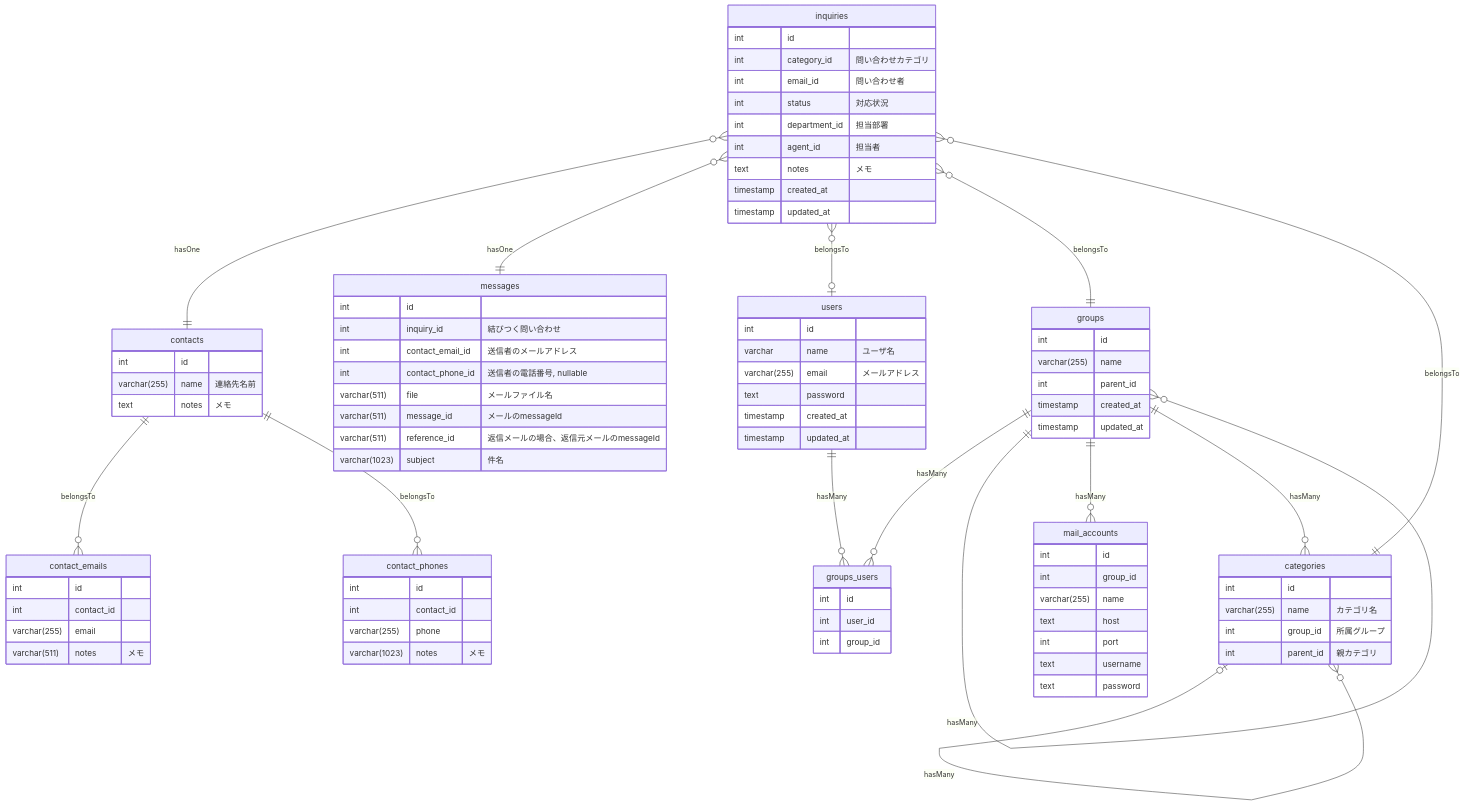
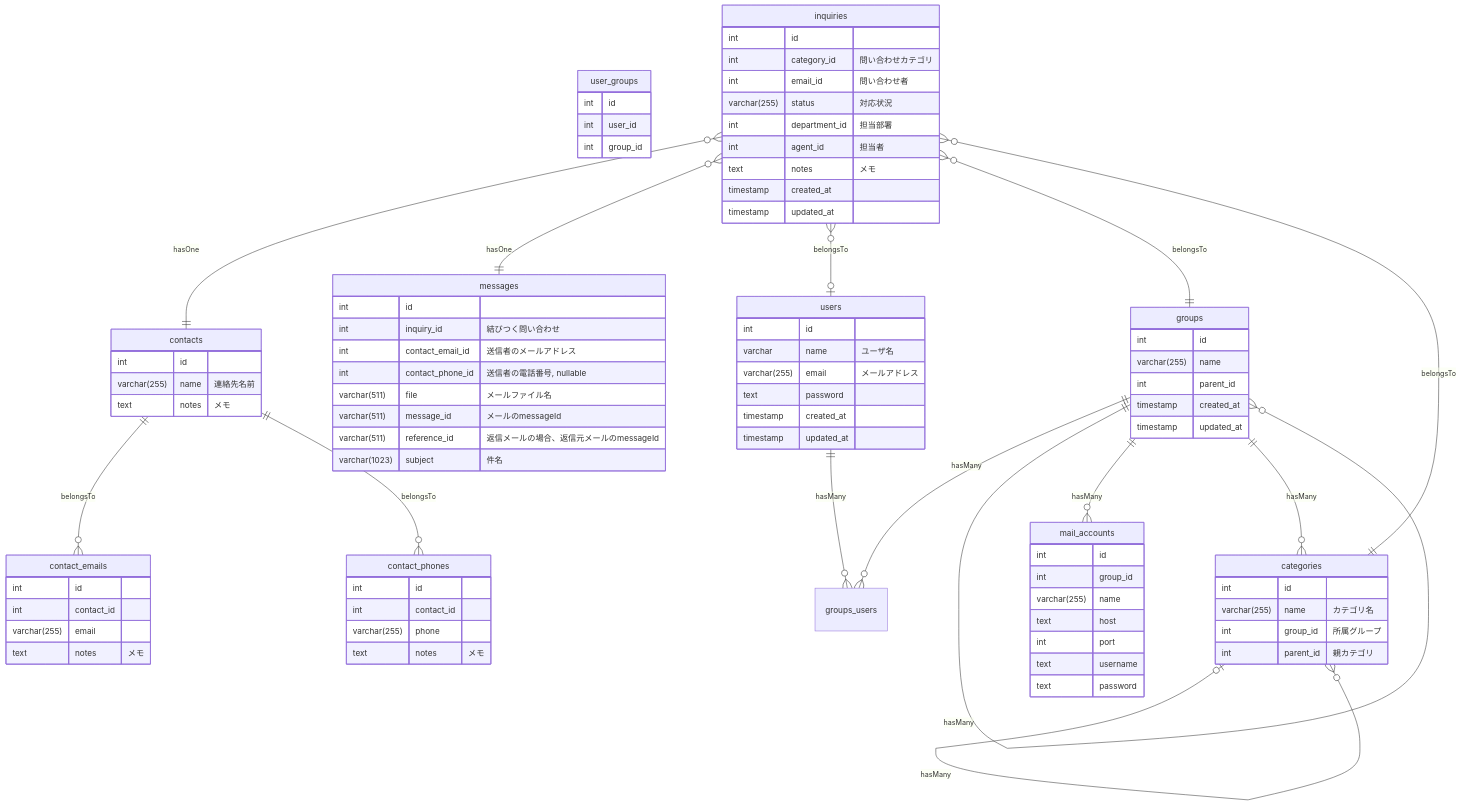
One commit to nominalrune/Cumas changed the first of 2 diagrams in README.md. Above: the diagram before and after it, drawn with Mermaid. The commit also changed other lines of this file and 22 other files, not shown here.

````diff
--- a/README.md
+++ b/README.md
@@ -16,13 +16,13 @@
 ```mermaid
 erDiagram
-    users {
-        int id
+	users {
+		int id
 		varchar name "ユーザ名"
 		varchar(255) email "メールアドレス"
 		text password
 		timestamp created_at
 		timestamp updated_at
-    }
+	}
 	groups {
 		int id
 		varchar(255) name
@@ -30,7 +30,7 @@
 		timestamp created_at
 		timestamp updated_at
 	}
-	groups_users {
+	user_groups {
 		int id
 		int user_id
 		int group_id
@@ -53,19 +53,19 @@
 		int id
 		int contact_id
 		varchar(255) email
-		varchar(511) notes "メモ"
+		text notes "メモ"
 	}
 	contact_phones {
 		int id
 		int contact_id
 		varchar(255) phone
-		varchar(1023) notes "メモ"
+		text notes "メモ"
 	}
 	inquiries {
 		int id
 		int category_id "問い合わせカテゴリ"
 		int email_id "問い合わせ者"
-		int status "対応状況"
+		varchar(255) status "対応状況"
 		int department_id "担当部署"
 		int agent_id "担当者"
 		text notes "メモ"
````
